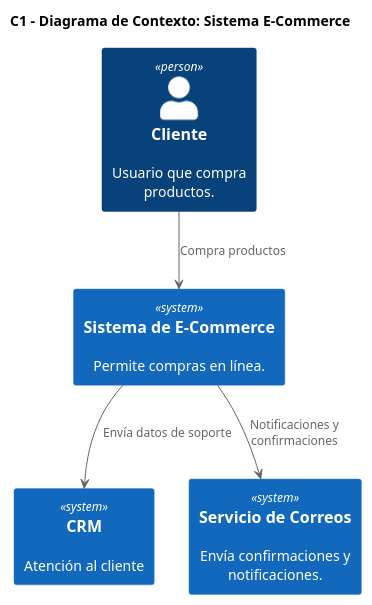
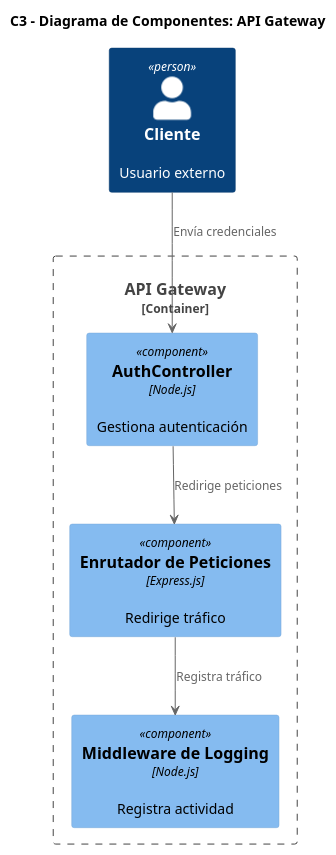
The diagram in docs/sistema.puml (Carlos-73CK/demo-documentacion-viva), drawn with PlantUML before and after one commit.

Commit message:
nivel c3

```diff
--- a/docs/sistema.puml
+++ b/docs/sistema.puml
@@ -1,15 +1,18 @@
 @startuml
-!includeurl https://raw.githubusercontent.com/plantuml-stdlib/C4-PlantUML/master/C4_Context.puml
+!includeurl https://raw.githubusercontent.com/plantuml-stdlib/C4-PlantUML/master/C4_Component.puml
 
-title "C1 - Diagrama de Contexto: Sistema E-Commerce"
+title "C3 - Diagrama de Componentes: API Gateway"
 
-Person(cliente, "Cliente", "Usuario que compra productos.")
-System(ecommerce, "Sistema de E-Commerce", "Permite compras en línea.")
-System(crm, "CRM", "Atención al cliente")
-System(mail, "Servicio de Correos", "Envía confirmaciones y notificaciones.")
+Container_Boundary(api, "API Gateway") {
+    Component(auth, "AuthController", "Node.js", "Gestiona autenticación")
+    Component(router, "Enrutador de Peticiones", "Express.js", "Redirige tráfico")
+    Component(logger, "Middleware de Logging", "Node.js", "Registra actividad")
+}
 
-cliente --> ecommerce : "Compra productos"
-ecommerce --> crm : "Envía datos de soporte"
-ecommerce --> mail : "Notificaciones y confirmaciones"
+Person(cliente, "Cliente", "Usuario externo")
+
+cliente --> auth : "Envía credenciales"
+auth --> router : "Redirige peticiones"
+router --> logger : "Registra tráfico"
 
 @enduml
```
